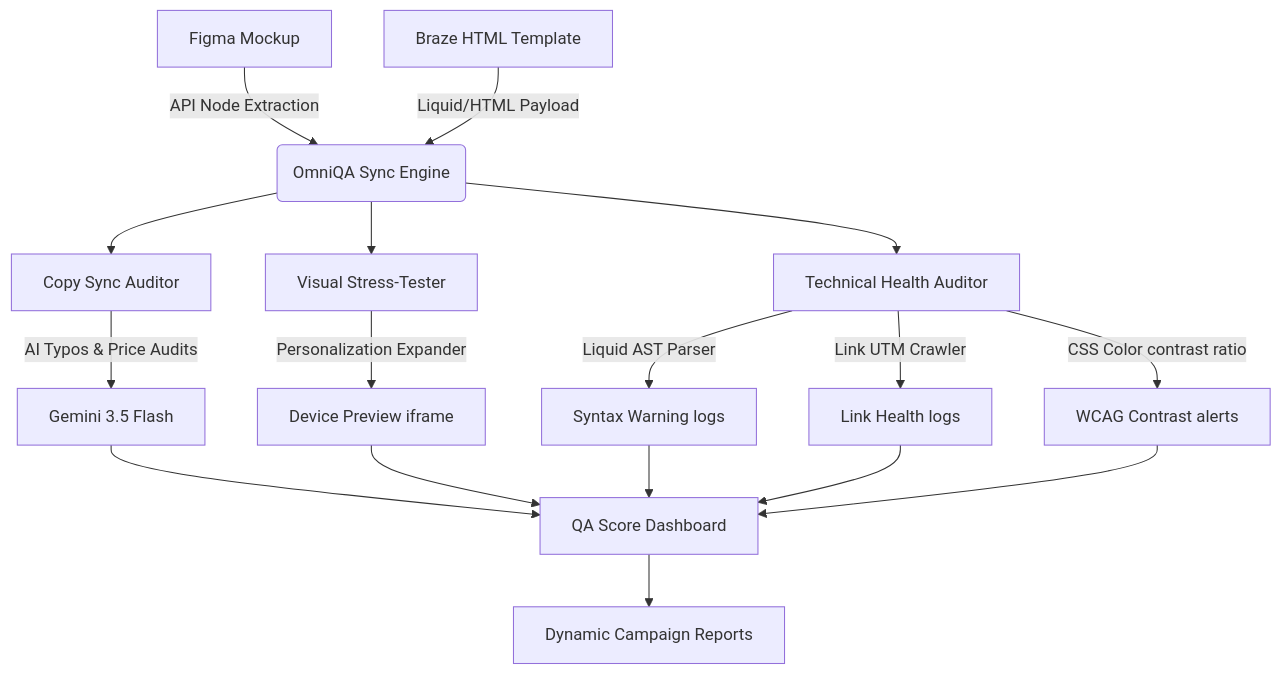
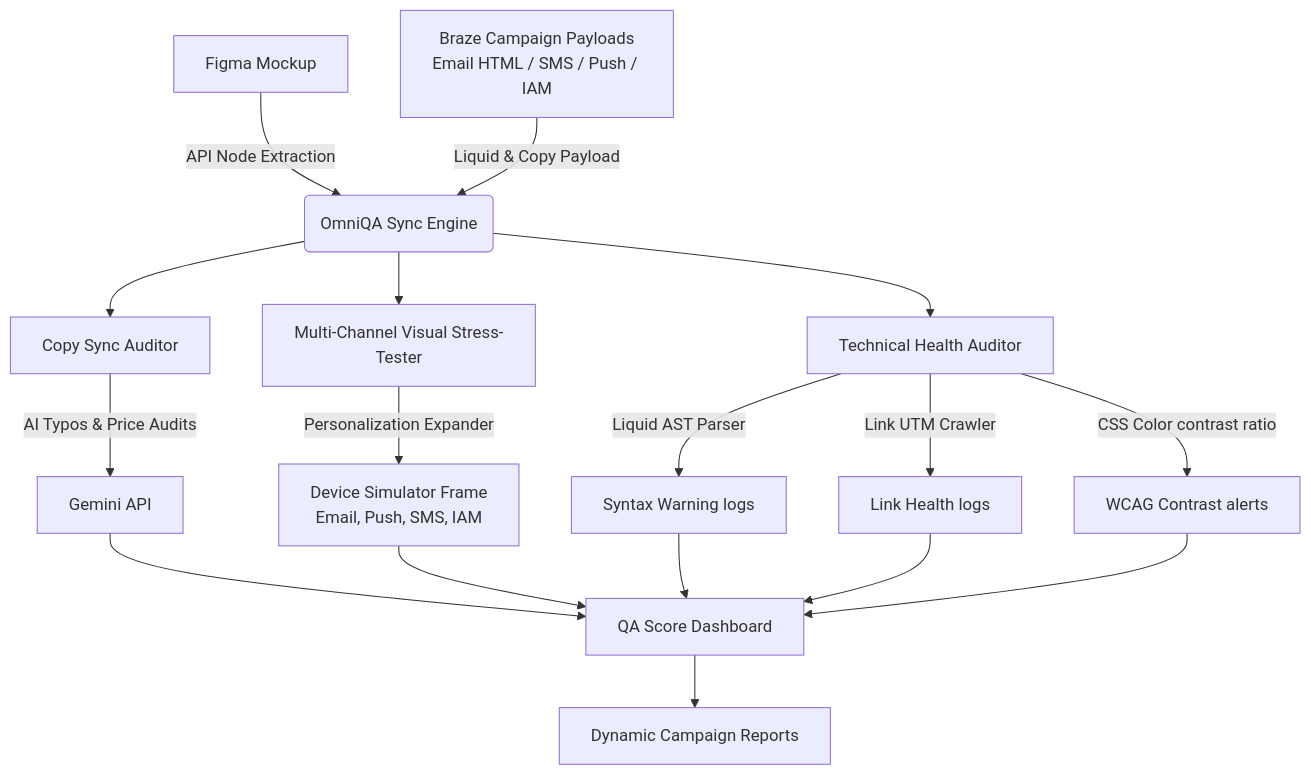
The diagram in README.md (mzubtsova/omni-qa-braze), drawn with Mermaid before and after one commit.

Commit message:
docs: Update system architecture diagram to reflect multi-channel payloads

````diff
--- a/README.md
+++ b/README.md
@@ -11,22 +11,22 @@
 ```mermaid
 graph TD
     A[Figma Mockup] -->|API Node Extraction| B(OmniQA Sync Engine)
-    C[Braze HTML Template] -->|Liquid/HTML Payload| B
+    C[Braze Campaign Payloads<br/>Email HTML / SMS / Push / IAM] -->|Liquid & Copy Payload| B
     
     B --> D[Copy Sync Auditor]
-    B --> E[Visual Stress-Tester]
+    B --> E[Multi-Channel Visual Stress-Tester]
     B --> F[Technical Health Auditor]
     
-    D -->|AI Typos & Price Audits| G[Gemini 3.5 Flash]
-    E -->|Personalization Expander| H[Device Preview iframe]
+    D -->|AI Typos & Price Audits| G[Gemini API]
+    E -->|Personalization Expander| H[Device Simulator Frame<br/>Email, Push, SMS, IAM]
     F -->|Liquid AST Parser| I[Syntax Warning logs]
     F -->|Link UTM Crawler| J[Link Health logs]
     F -->|CSS Color contrast ratio| K[WCAG Contrast alerts]
     
     G --> L[QA Score Dashboard]
     H --> L
     I --> L
     J --> L
     K --> L
     L --> M[Dynamic Campaign Reports]
 ```
````
